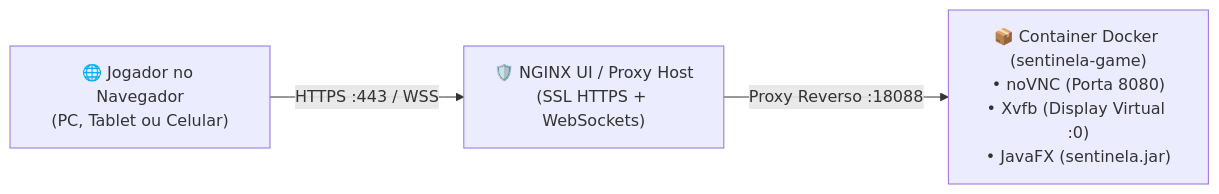
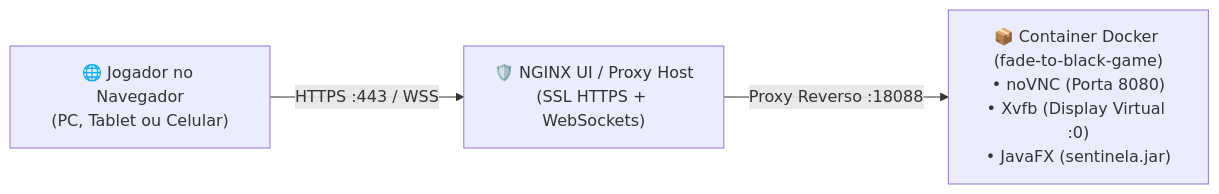
Before and after one commit to Blimabru/sentinela: the sixth of 6 diagrams in README.md, drawn with Mermaid. The commit also changed other lines of this file, not shown here.

Commit message:
docs(readme): padroniza nomes da stack e diretorios para Fade to Black

````diff
--- a/README.md
+++ b/README.md
@@ -421,9 +421,9 @@
 ```mermaid
 flowchart LR
     User["🌐 Jogador no Navegador\n(PC, Tablet ou Celular)"]
     NginxUI["🛡️ NGINX UI / Proxy Host\n(SSL HTTPS + WebSockets)"]
-    Docker["📦 Container Docker (sentinela-game)\n• noVNC (Porta 8080)\n• Xvfb (Display Virtual :0)\n• JavaFX (sentinela.jar)"]
+    Docker["📦 Container Docker (fade-to-black-game)\n• noVNC (Porta 8080)\n• Xvfb (Display Virtual :0)\n• JavaFX (sentinela.jar)"]
 
     User -->|HTTPS :443 / WSS| NginxUI
     NginxUI -->|Proxy Reverso :18088| Docker
 ```
````
